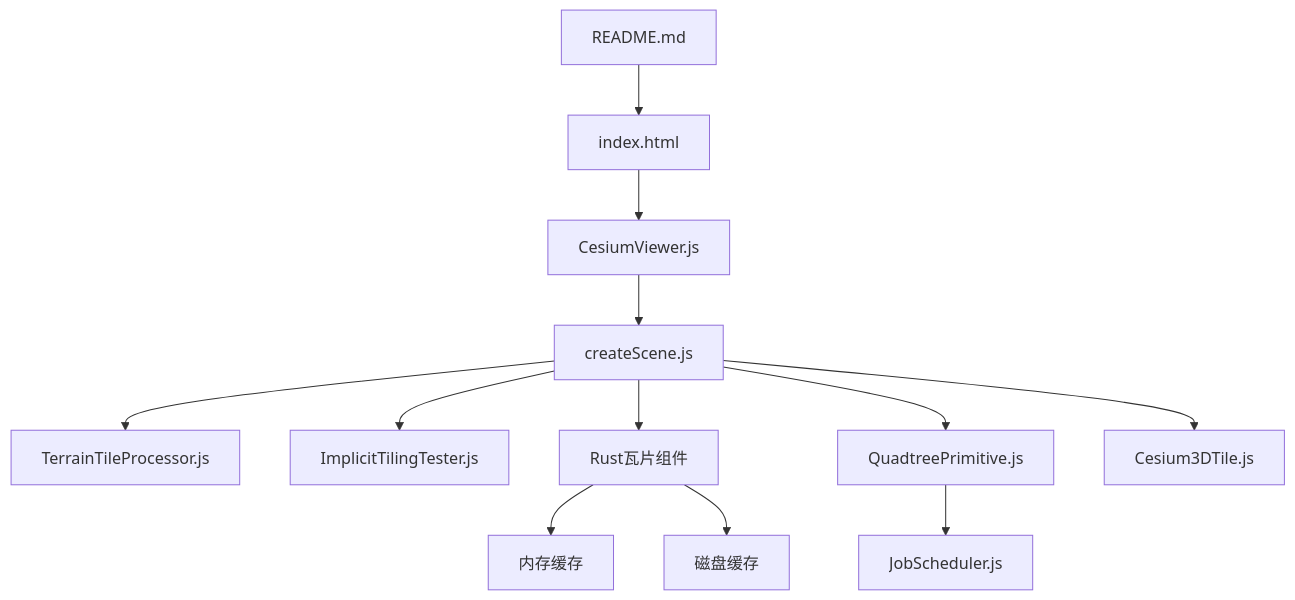
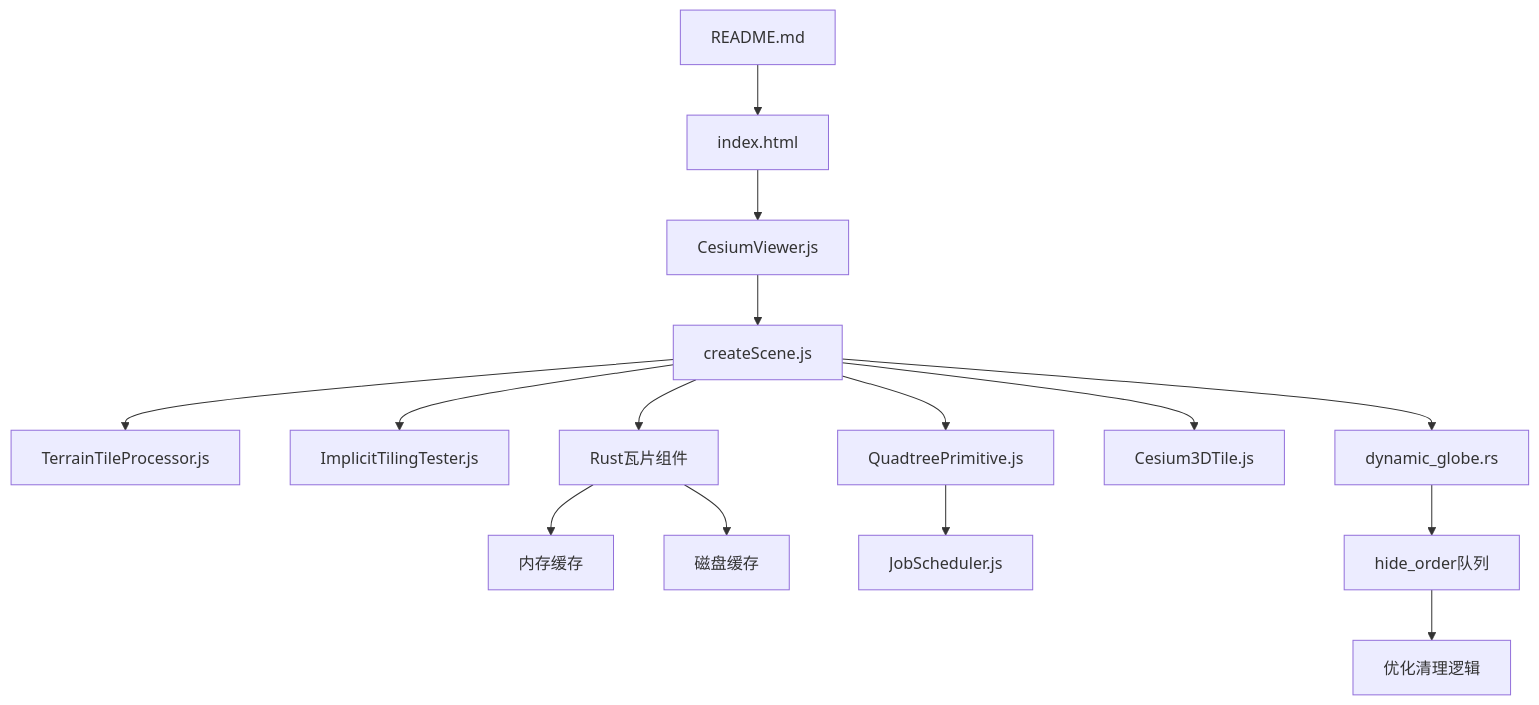
The tenth of 10 diagrams in .qoder/repowiki/zh/content/性能优化/数据加载优化/瓦片加载策略.md (rzhangjing/cesium), drawn with Mermaid before and after one commit. The commit also changed other lines of this file and 61 other files, not shown here.

First line of the commit message:
修改地图晃动BUG

````diff
--- a/.qoder/repowiki/zh/content/性能优化/数据加载优化/瓦片加载策略.md
+++ b/.qoder/repowiki/zh/content/性能优化/数据加载优化/瓦片加载策略.md
@@ -361,14 +420,17 @@
 ```mermaid
 graph TB
 R["README.md"] --> I["index.html"]
 I --> V["CesiumViewer.js"]
 V --> S["createScene.js"]
 S --> T["TerrainTileProcessor.js"]
 S --> IT["ImplicitTilingTester.js"]
 S --> RC["Rust瓦片组件"]
 RC --> MC["内存缓存"]
 RC --> DC["磁盘缓存"]
 S --> QP["QuadtreePrimitive.js"]
 QP --> JS["JobScheduler.js"]
 S --> C3DT["Cesium3DTile.js"]
+S --> DG["dynamic_globe.rs"]
+DG --> HO["hide_order队列"]
+HO --> CL["优化清理逻辑"]
 ```
````
